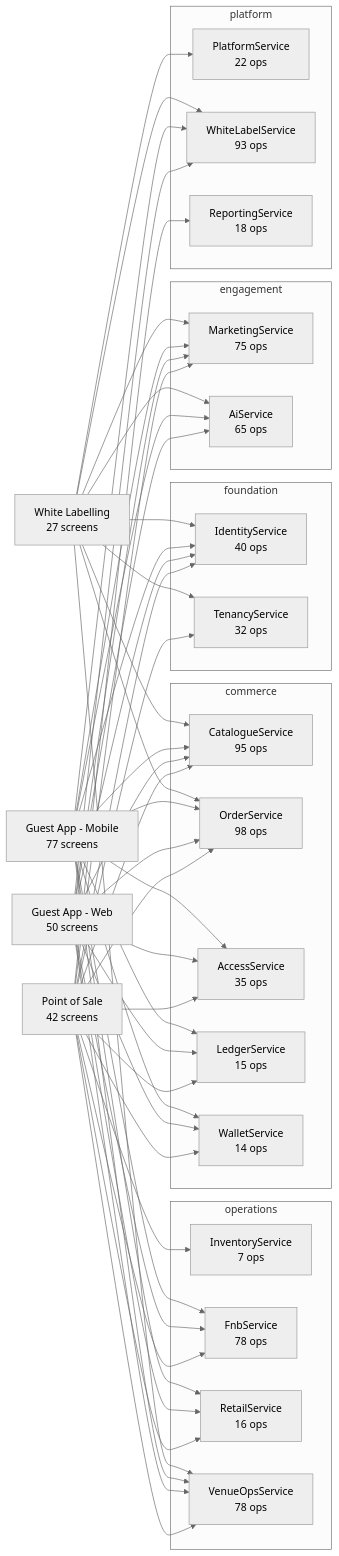
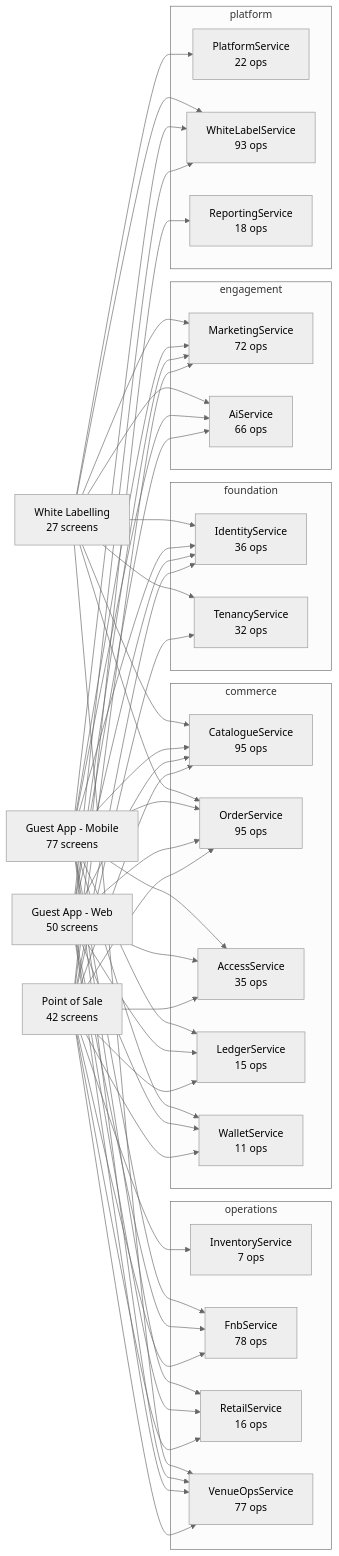
One commit to Diretide298/Solution_Architecture changed the diagram in ticvai/repos/ticvai-backend/project-bible/handoff/service-docs/README.md. Above: the diagram before and after it, drawn with Mermaid (neutral theme). The commit also changed other lines of this file and 10764 other files, not shown here.

````diff
--- a/ticvai/repos/ticvai-backend/project-bible/handoff/service-docs/README.md
+++ b/ticvai/repos/ticvai-backend/project-bible/handoff/service-docs/README.md
@@ -9,79 +9,79 @@
 ```mermaid
 flowchart LR
   POS["Point of Sale<br/>42 screens"]
   WEB["Guest App - Web<br/>50 screens"]
   MOB["Guest App - Mobile<br/>77 screens"]
   WL["White Labelling<br/>27 screens"]
   subgraph foundation
-    IdentityService["IdentityService<br/>40 ops"]
+    IdentityService["IdentityService<br/>36 ops"]
     TenancyService["TenancyService<br/>32 ops"]
   end
   subgraph commerce
     CatalogueService["CatalogueService<br/>95 ops"]
-    OrderService["OrderService<br/>98 ops"]
+    OrderService["OrderService<br/>95 ops"]
     AccessService["AccessService<br/>35 ops"]
     LedgerService["LedgerService<br/>15 ops"]
-    WalletService["WalletService<br/>14 ops"]
+    WalletService["WalletService<br/>11 ops"]
   end
   subgraph operations
     InventoryService["InventoryService<br/>7 ops"]
     FnbService["FnbService<br/>78 ops"]
     RetailService["RetailService<br/>16 ops"]
-    VenueOpsService["VenueOpsService<br/>78 ops"]
+    VenueOpsService["VenueOpsService<br/>77 ops"]
   end
   subgraph engagement
-    MarketingService["MarketingService<br/>75 ops"]
-    AiService["AiService<br/>65 ops"]
+    MarketingService["MarketingService<br/>72 ops"]
+    AiService["AiService<br/>66 ops"]
   end
   subgraph platform
     PlatformService["PlatformService<br/>22 ops"]
     WhiteLabelService["WhiteLabelService<br/>93 ops"]
     ReportingService["ReportingService<br/>18 ops"]
   end
   POS --> OrderService
   WEB --> OrderService
   MOB --> OrderService
   WL --> OrderService
   POS --> FnbService
   WEB --> FnbService
   MOB --> FnbService
   POS --> CatalogueService
   WEB --> CatalogueService
   MOB --> CatalogueService
   WL --> CatalogueService
   POS --> AccessService
   WEB --> AccessService
   MOB --> AccessService
   WL --> PlatformService
   POS --> MarketingService
   WEB --> MarketingService
   MOB --> MarketingService
   WL --> MarketingService
   POS --> VenueOpsService
   WEB --> VenueOpsService
   MOB --> VenueOpsService
   WL --> VenueOpsService
   POS --> TenancyService
   WL --> TenancyService
   POS --> ReportingService
   WEB --> WhiteLabelService
   MOB --> WhiteLabelService
   WL --> WhiteLabelService
   POS --> InventoryService
   POS --> IdentityService
   WEB --> IdentityService
   MOB --> IdentityService
   WL --> IdentityService
   POS --> RetailService
   WEB --> RetailService
   MOB --> RetailService
   WEB --> AiService
   MOB --> AiService
   WL --> AiService
   POS --> LedgerService
   WEB --> LedgerService
   MOB --> LedgerService
   POS --> WalletService
   WEB --> WalletService
   MOB --> WalletService
 ```
````
